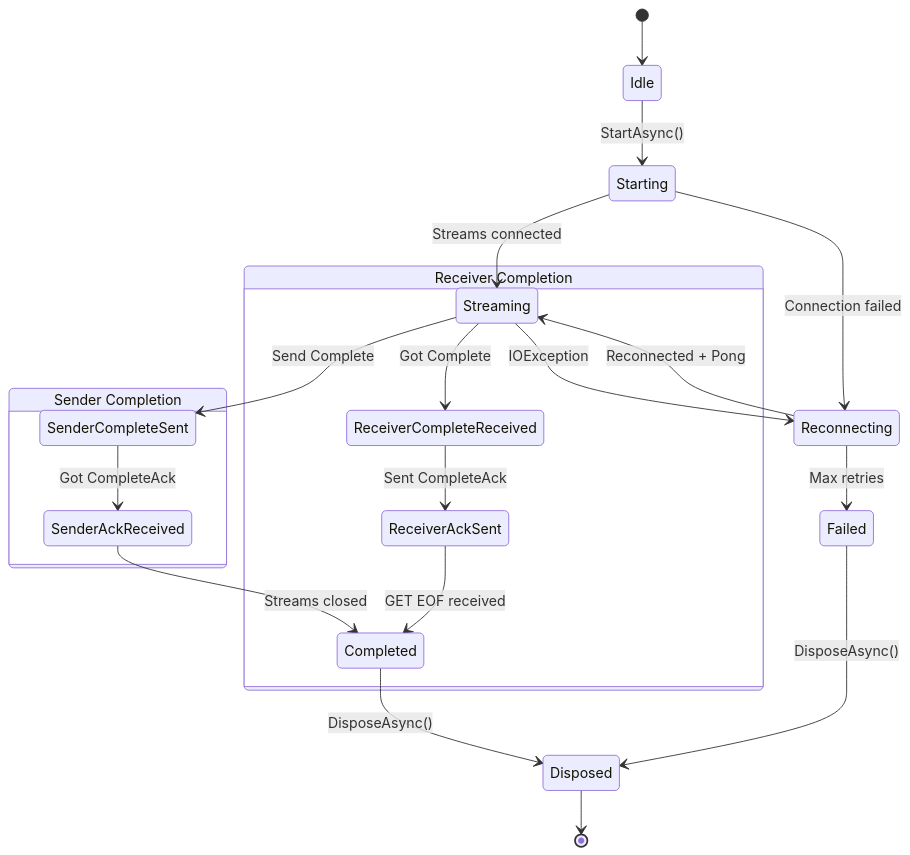
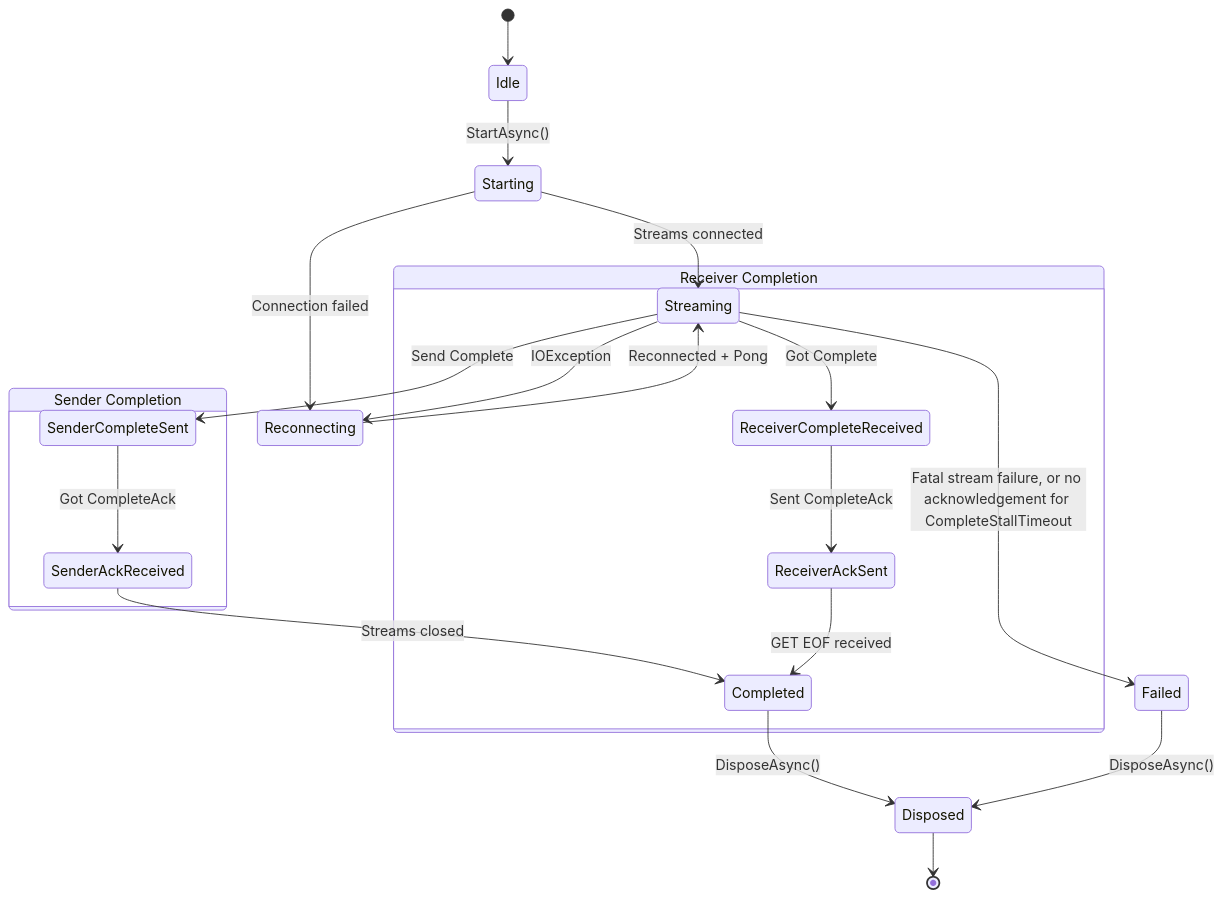
Before and after one commit to nicopon/transportr: the third of 3 diagrams in ResilienceArchitecture.md, drawn with Mermaid. The commit also changed other lines of this file and 17 other files, not shown here.

````diff
--- a/ResilienceArchitecture.md
+++ b/ResilienceArchitecture.md
@@ -283,27 +284,27 @@
 ```mermaid
 stateDiagram-v2
     [*] --> Idle
     Idle --> Starting: StartAsync()
     Starting --> Streaming: Streams connected
     Starting --> Reconnecting: Connection failed
     
     Streaming --> Reconnecting: IOException
     Reconnecting --> Streaming: Reconnected + Pong
-    Reconnecting --> Failed: Max retries
+    Streaming --> Failed: Fatal stream failure, or no acknowledgement for CompleteStallTimeout
     
     state "Sender Completion" as SenderCompletion {
         Streaming --> SenderCompleteSent: Send Complete
         SenderCompleteSent --> SenderAckReceived: Got CompleteAck
         SenderAckReceived --> Completed: Streams closed
     }
     
     state "Receiver Completion" as ReceiverCompletion {
         Streaming --> ReceiverCompleteReceived: Got Complete
         ReceiverCompleteReceived --> ReceiverAckSent: Sent CompleteAck
         ReceiverAckSent --> Completed: GET EOF received
     }
     
     Completed --> Disposed: DisposeAsync()
     Failed --> Disposed: DisposeAsync()
     Disposed --> [*]
 ```
````
